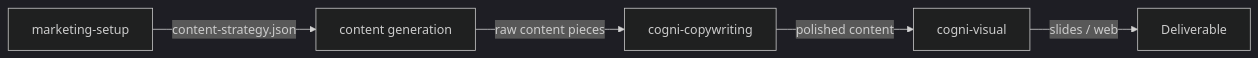
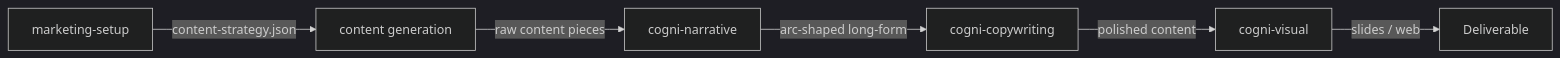
One commit to cogni-work/cogni-works changed the diagram in docs/workflows/content-pipeline.md. Above: the diagram before and after it, drawn with Mermaid (dark theme). The commit also changed other lines of this file and 9 other files, not shown here.

````diff
--- a/docs/workflows/content-pipeline.md
+++ b/docs/workflows/content-pipeline.md
@@ -7,7 +7,8 @@
 ```mermaid
 graph LR
     A[marketing-setup] -->|content-strategy.json| B[content generation]
-    B -->|raw content pieces| C[cogni-copywriting]
+    B -->|raw content pieces| N[cogni-narrative]
+    N -->|arc-shaped long-form| C[cogni-copywriting]
     C -->|polished content| D[cogni-visual]
     D -->|slides / web| E[Deliverable]
 ```
````
